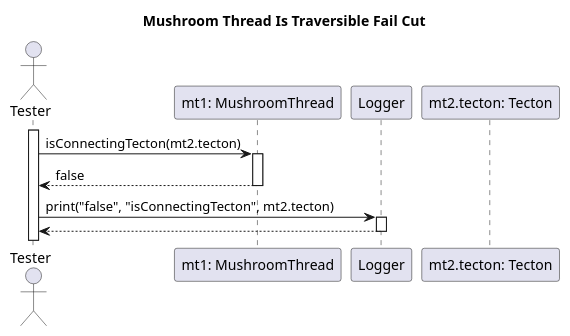
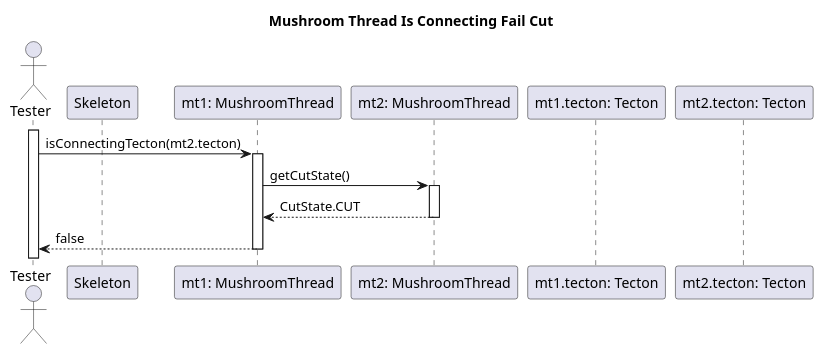
Before and after one commit to dzsem/projlab: the diagram in diagrams/test-sequence/mushroom/connectingTectonFailCut.wsd, drawn with PlantUML.

Commit message:
Fixed connectingTectonFailCut

```diff
--- a/diagrams/test-sequence/mushroom/connectingTectonFailCut.wsd
+++ b/diagrams/test-sequence/mushroom/connectingTectonFailCut.wsd
@@ -1,22 +1,28 @@
 @startuml Mushroom Thread Is Traversible Fail Cut
 
-title Mushroom Thread Is Traversible Fail Cut
+title Mushroom Thread Is Connecting Fail Cut
 
 actor "Tester" as tester
+participant "Skeleton" as skeleton
+
 
 participant "mt1: MushroomThread" as mt1
-participant "Logger" as logger
+participant "mt2: MushroomThread" as mt2
+
+participant "mt1.tecton: Tecton" as t1
 participant "mt2.tecton: Tecton" as t2
 
 activate tester
+
 tester -> mt1: isConnectingTecton(mt2.tecton)
 activate mt1
+
+mt1 -> mt2: getCutState()
+activate mt2
+mt2 --> mt1: CutState.CUT
+deactivate mt2
+
 mt1 --> tester: false
 deactivate mt1
 
-tester -> logger: print("false", "isConnectingTecton", mt2.tecton)
-activate logger
-logger --> tester
-deactivate logger
-
 @enduml
```
